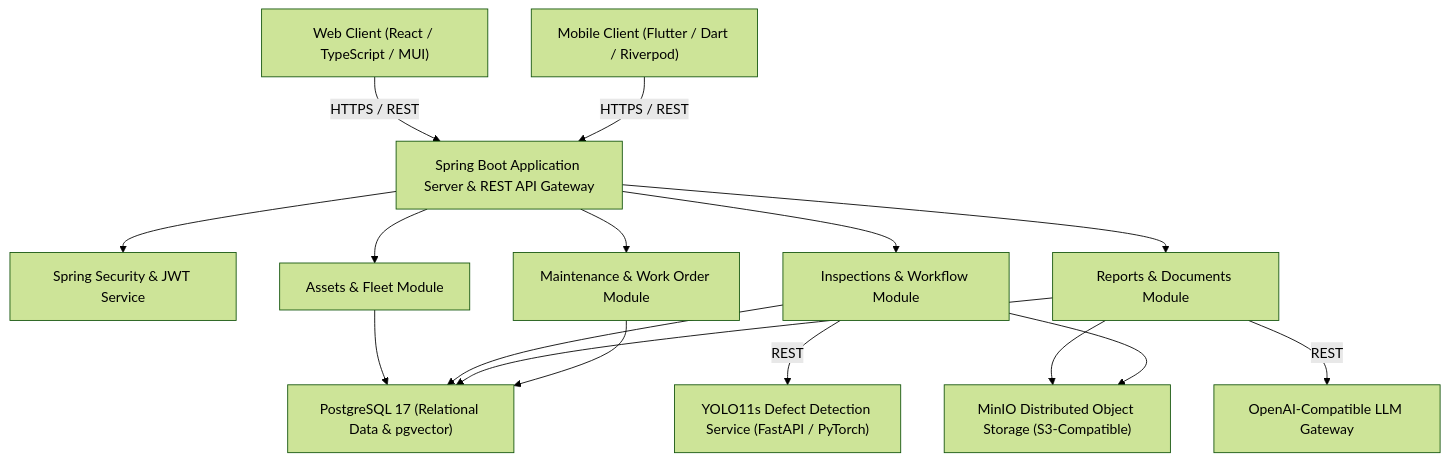
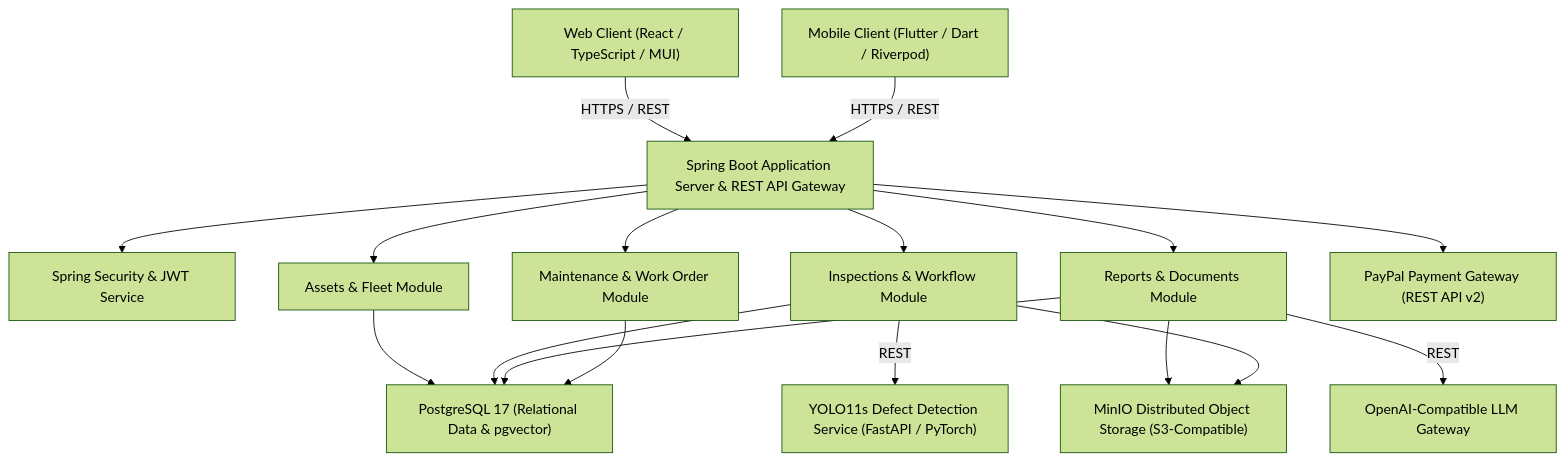
The first of 2 diagrams in reports/report-4-software-design-document/01-system-design.md (tungbach12/SmartDroneInspection-Docs), drawn with Mermaid (forest theme) before and after one commit. The commit also changed other lines of this file and 8 other files, not shown here.

Commit message:
feat(docs): integrate PayPal online subscription payment into Report 3 and Report 4

````diff
--- a/reports/report-4-software-design-document/01-system-design.md
+++ b/reports/report-4-software-design-document/01-system-design.md
@@ -16,39 +16,41 @@
 ```mermaid
 %% title: System Architecture Diagram
 flowchart TD
   CLIENT_WEB["Web Client (React / TypeScript / MUI)"]
   CLIENT_MOB["Mobile Client (Flutter / Dart / Riverpod)"]
 
   API_GATEWAY["Spring Boot Application Server & REST API Gateway"]
   AUTH_SERVICE["Spring Security & JWT Service"]
   
   MOD_ASSETS["Assets & Fleet Module"]
   MOD_INSP["Inspections & Workflow Module"]
   MOD_REP["Reports & Documents Module"]
   MOD_MAINT["Maintenance & Work Order Module"]
 
   AI_SERVICE["YOLO11s Defect Detection Service (FastAPI / PyTorch)"]
   LLM_GATEWAY["OpenAI-Compatible LLM Gateway"]
+  PAYPAL["PayPal Payment Gateway (REST API v2)"]
 
   DB_PG["PostgreSQL 17 (Relational Data & pgvector)"]
   STORE_MINIO["MinIO Distributed Object Storage (S3-Compatible)"]
 
   CLIENT_WEB -->|HTTPS / REST| API_GATEWAY
   CLIENT_MOB -->|HTTPS / REST| API_GATEWAY
 
   API_GATEWAY --> AUTH_SERVICE
+  API_GATEWAY --> PAYPAL
   API_GATEWAY --> MOD_ASSETS
   API_GATEWAY --> MOD_INSP
   API_GATEWAY --> MOD_REP
   API_GATEWAY --> MOD_MAINT
 
   MOD_INSP -->|REST| AI_SERVICE
   MOD_REP -->|REST| LLM_GATEWAY
   MOD_REP --> STORE_MINIO
 
   MOD_ASSETS --> DB_PG
   MOD_INSP --> DB_PG
   MOD_INSP --> STORE_MINIO
   MOD_REP --> DB_PG
   MOD_MAINT --> DB_PG
 ```
````
